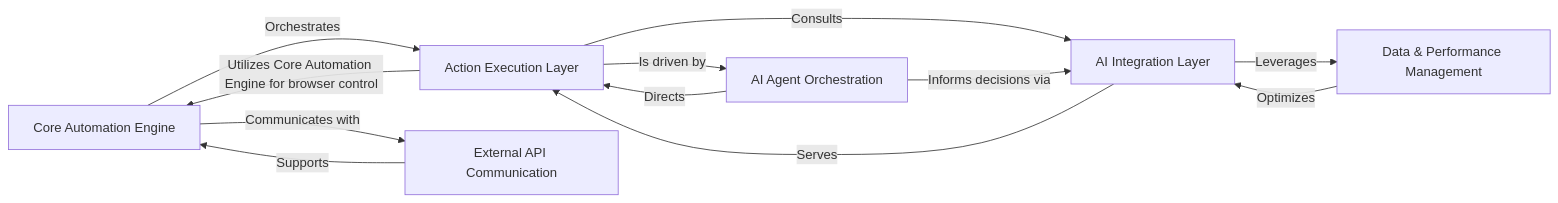
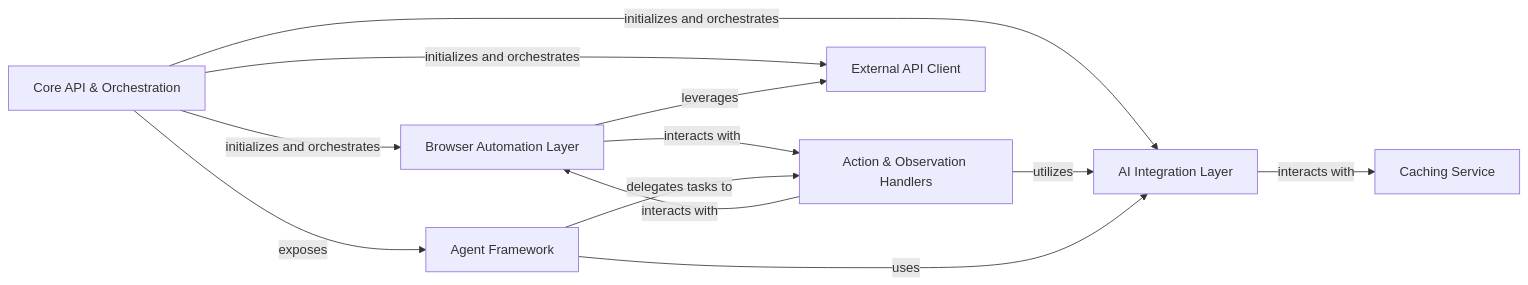
One commit to CodeBoarding/GeneratedOnBoardings changed the diagram in stagehand/on_boarding.md. Above: the diagram before and after it, drawn with Mermaid. The commit also changed other lines of this file, not shown here.

````diff
--- a/stagehand/on_boarding.md
+++ b/stagehand/on_boarding.md
@@ -1,20 +1,21 @@
 ```mermaid
 graph LR
-    Core_Automation_Engine["Core Automation Engine"]
+    Core_API_Orchestration["Core API & Orchestration"]
+    Browser_Automation_Layer["Browser Automation Layer"]
     AI_Integration_Layer["AI Integration Layer"]
-    Action_Execution_Layer["Action Execution Layer"]
-    AI_Agent_Orchestration["AI Agent Orchestration"]
-    External_API_Communication["External API Communication"]
-    Data_Performance_Management["Data & Performance Management"]
-    Core_Automation_Engine -- "Orchestrates" --> Action_Execution_Layer
-    Core_Automation_Engine -- "Communicates with" --> External_API_Communication
-    AI_Integration_Layer -- "Serves" --> Action_Execution_Layer
-    AI_Integration_Layer -- "Leverages" --> Data_Performance_Management
-    Action_Execution_Layer -- "Utilizes Core Automation Engine for browser control" --> Core_Automation_Engine
-    Action_Execution_Layer -- "Consults" --> AI_Integration_Layer
-    Action_Execution_Layer -- "Is driven by" --> AI_Agent_Orchestration
-    AI_Agent_Orchestration -- "Directs" --> Action_Execution_Layer
-    AI_Agent_Orchestration -- "Informs decisions via" --> AI_Integration_Layer
-    External_API_Communication -- "Supports" --> Core_Automation_Engine
-    Data_Performance_Management -- "Optimizes" --> AI_Integration_Layer
+    Action_Observation_Handlers["Action & Observation Handlers"]
+    Agent_Framework["Agent Framework"]
+    Caching_Service["Caching Service"]
+    External_API_Client["External API Client"]
+    Core_API_Orchestration -- "initializes and orchestrates" --> Browser_Automation_Layer
+    Core_API_Orchestration -- "initializes and orchestrates" --> AI_Integration_Layer
+    Core_API_Orchestration -- "initializes and orchestrates" --> External_API_Client
+    Core_API_Orchestration -- "exposes" --> Agent_Framework
+    Browser_Automation_Layer -- "interacts with" --> Action_Observation_Handlers
+    Browser_Automation_Layer -- "leverages" --> External_API_Client
+    AI_Integration_Layer -- "interacts with" --> Caching_Service
+    Action_Observation_Handlers -- "utilizes" --> AI_Integration_Layer
+    Action_Observation_Handlers -- "interacts with" --> Browser_Automation_Layer
+    Agent_Framework -- "delegates tasks to" --> Action_Observation_Handlers
+    Agent_Framework -- "uses" --> AI_Integration_Layer
 ```
````
